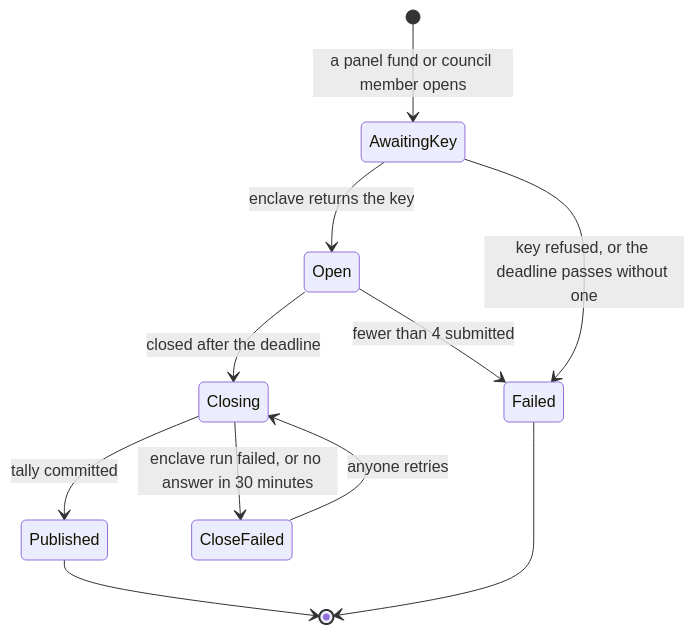
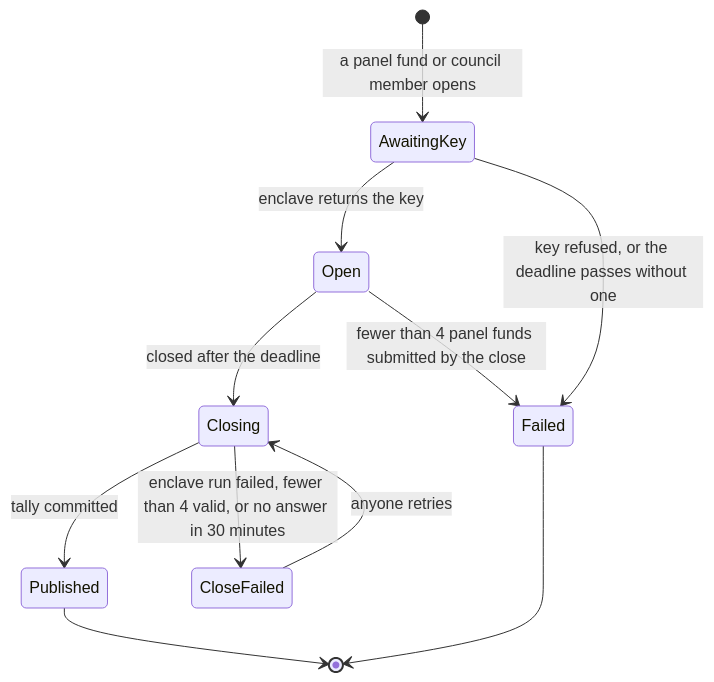
One commit to Dami904/nema changed the third of 3 diagrams in README.md. Above: the diagram before and after it, drawn with Mermaid. The commit also changed other lines of this file, not shown here.

Commit message:
README: diagrams match v2.1 (council, loan vote, 5% council share, CloseFailed below the minimum); a visible demo video spot

````diff
--- a/README.md
+++ b/README.md
@@ -333,13 +343,13 @@
 ```mermaid
 stateDiagram-v2
     [*] --> AwaitingKey: a panel fund or council member opens
     AwaitingKey --> Open: enclave returns the key
     AwaitingKey --> Failed: key refused, or the deadline passes without one
     Open --> Closing: closed after the deadline
-    Open --> Failed: fewer than 4 submitted
+    Open --> Failed: fewer than 4 panel funds submitted by the close
     Closing --> Published: tally committed
-    Closing --> CloseFailed: enclave run failed, or no answer in 30 minutes
+    Closing --> CloseFailed: enclave run failed, fewer than 4 valid, or no answer in 30 minutes
     CloseFailed --> Closing: anyone retries
     Published --> [*]
     Failed --> [*]
 ```
````
